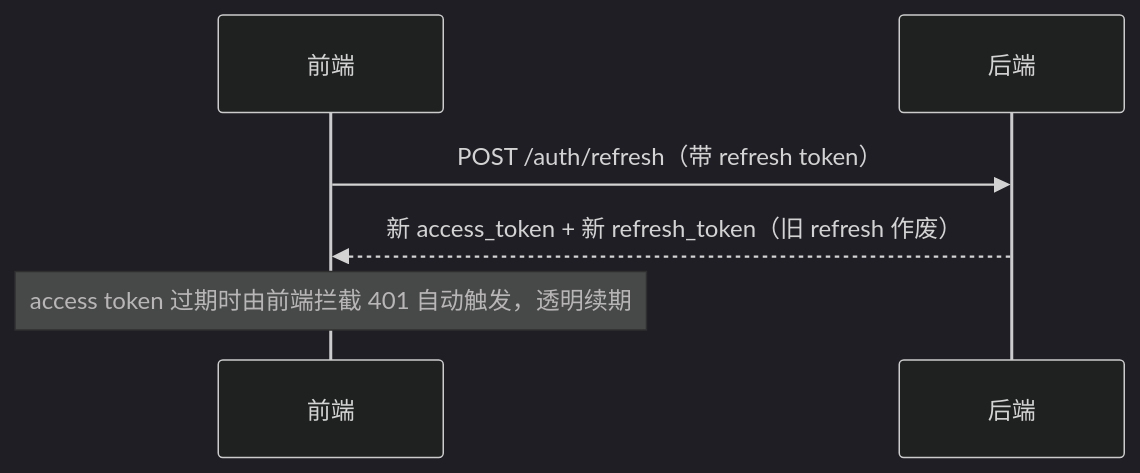
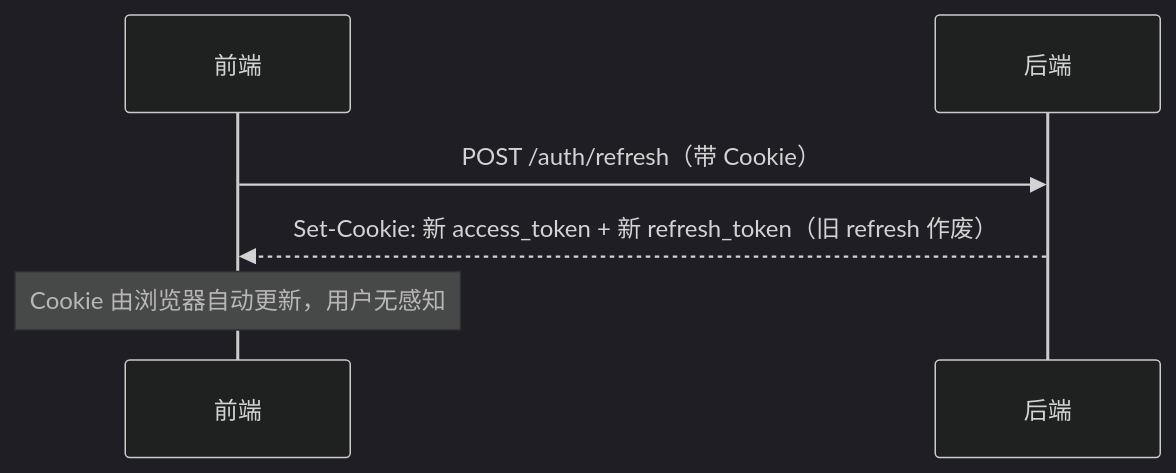
One commit to pykelysia/knowledge2exam changed the third of 3 diagrams in docs/prd.md. Above: the diagram before and after it, drawn with Mermaid (dark theme). The commit also changed other lines of this file and 5 other files, not shown here.

````diff
--- a/docs/prd.md
+++ b/docs/prd.md
@@ -249,9 +249,9 @@
 ```mermaid
 sequenceDiagram
     participant F as 前端
     participant B as 后端
 
-    F->>B: POST /auth/refresh（带 refresh token）
-    B-->>F: 新 access_token + 新 refresh_token（旧 refresh 作废）
-    Note over F: access token 过期时由前端拦截 401 自动触发，透明续期
+    F->>B: POST /auth/refresh（带 Cookie）
+    B-->>F: Set-Cookie: 新 access_token + 新 refresh_token（旧 refresh 作废）
+    Note over F: Cookie 由浏览器自动更新，用户无感知
 ```
````
